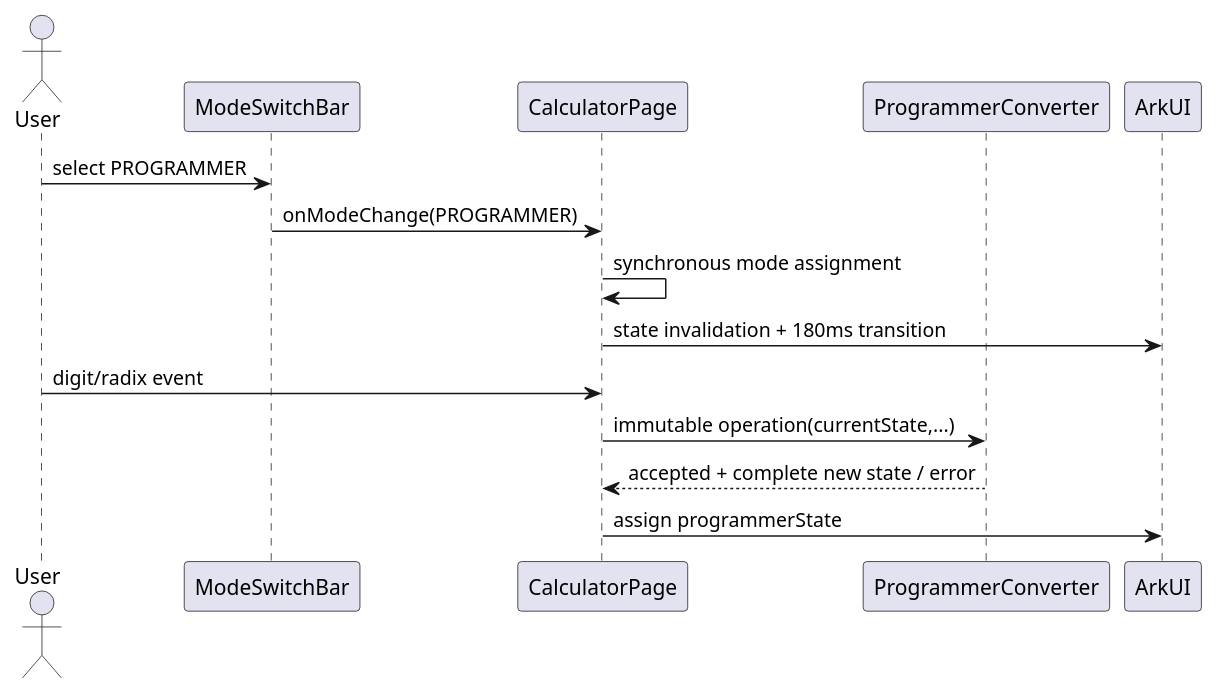
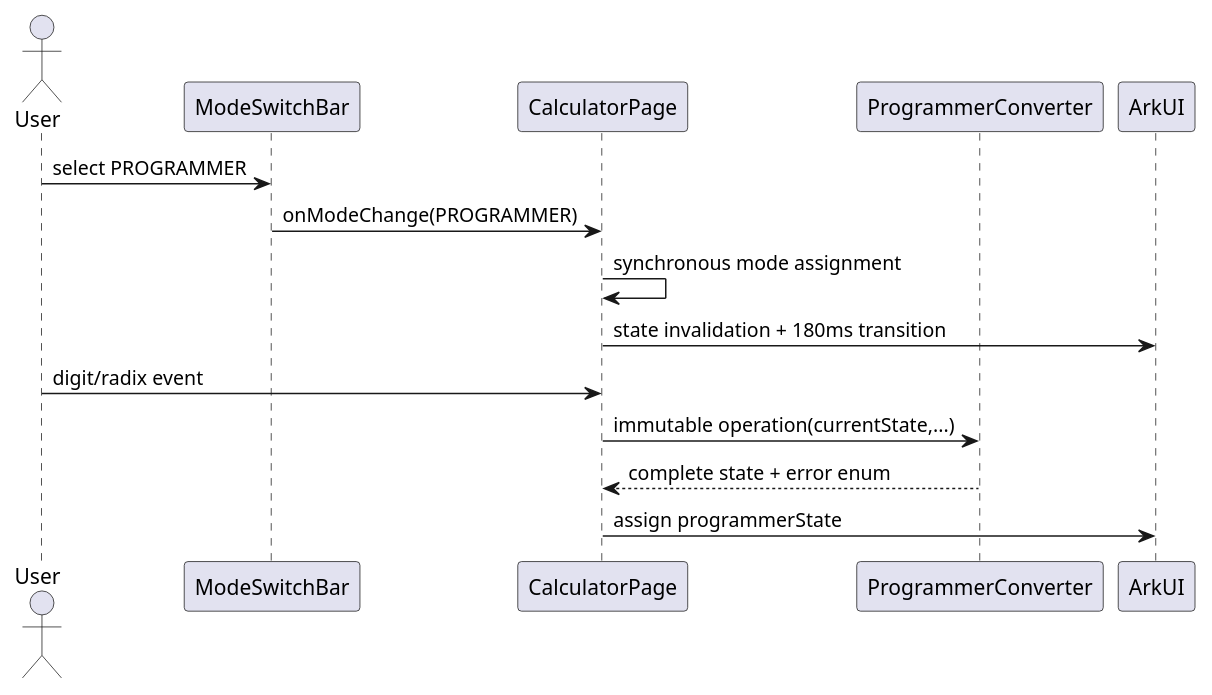
Before and after one commit to calculatorHuawei/agent_workflow: the fifth of 6 diagrams in specs/changes/20261023-requirement-add-programmer-mode/delta-design.md, drawn with PlantUML. The commit also changed other lines of this file and 19 other files, not shown here.

````diff
--- a/specs/changes/20261023-requirement-add-programmer-mode/delta-design.md
+++ b/specs/changes/20261023-requirement-add-programmer-mode/delta-design.md
@@ -257,17 +257,17 @@
 ```plantuml
 @startuml
 actor User
 participant ModeSwitchBar
 participant CalculatorPage
 participant ProgrammerConverter
 participant ArkUI
 User -> ModeSwitchBar : select PROGRAMMER
 ModeSwitchBar -> CalculatorPage : onModeChange(PROGRAMMER)
 CalculatorPage -> CalculatorPage : synchronous mode assignment
 CalculatorPage -> ArkUI : state invalidation + 180ms transition
 User -> CalculatorPage : digit/radix event
 CalculatorPage -> ProgrammerConverter : immutable operation(currentState,...)
-ProgrammerConverter --> CalculatorPage : accepted + complete new state / error
+ProgrammerConverter --> CalculatorPage : complete state + error enum
 CalculatorPage -> ArkUI : assign programmerState
 @enduml
 ```
````
